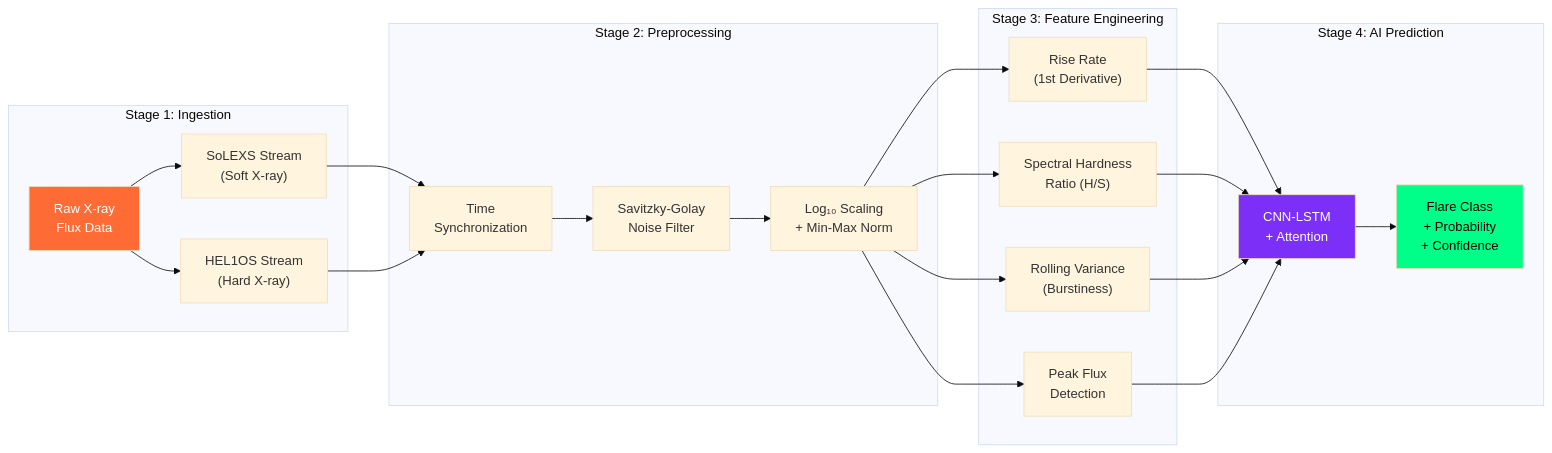
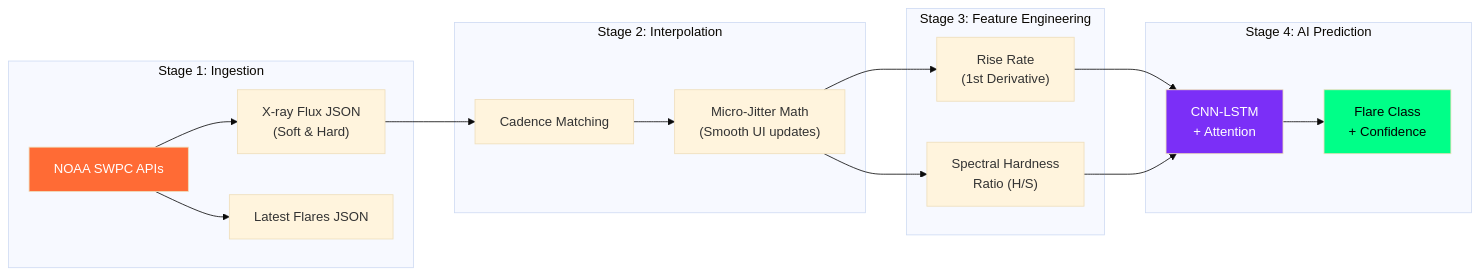
The second of 4 diagrams in README.md (SudiptaSanki/SuryaShield-AI), drawn with Mermaid (base theme) before and after one commit. The commit also changed other lines of this file and 2 other files, not shown here.

Commit message:
docs: update README with detailed real-time pipeline explanations and mermaid diagrams

````diff
--- a/README.md
+++ b/README.md
@@ -95,33 +84,27 @@
 ```mermaid
 flowchart LR
     subgraph "Stage 1: Ingestion"
-        A["Raw X-ray<br/>Flux Data"] --> B["SoLEXS Stream<br/>(Soft X-ray)"]
-        A --> C["HEL1OS Stream<br/>(Hard X-ray)"]
+        A["NOAA SWPC APIs"] --> B["X-ray Flux JSON<br/>(Soft & Hard)"]
+        A --> C["Latest Flares JSON"]
     end
 
-    subgraph "Stage 2: Preprocessing"
-        B --> D["Time<br/>Synchronization"]
-        C --> D
-        D --> E["Savitzky-Golay<br/>Noise Filter"]
-        E --> F["Log₁₀ Scaling<br/>+ Min-Max Norm"]
+    subgraph "Stage 2: Interpolation"
+        B --> D["Cadence Matching"]
+        D --> E["Micro-Jitter Math<br/>(Smooth UI updates)"]
     end
 
     subgraph "Stage 3: Feature Engineering"
-        F --> G["Rise Rate<br/>(1st Derivative)"]
-        F --> H["Spectral Hardness<br/>Ratio (H/S)"]
-        F --> I["Rolling Variance<br/>(Burstiness)"]
-        F --> J["Peak Flux<br/>Detection"]
+        E --> F["Rise Rate<br/>(1st Derivative)"]
+        E --> G["Spectral Hardness<br/>Ratio (H/S)"]
     end
 
     subgraph "Stage 4: AI Prediction"
-        G --> K["CNN-LSTM<br/>+ Attention"]
-        H --> K
-        I --> K
-        J --> K
-        K --> L["Flare Class<br/>+ Probability<br/>+ Confidence"]
+        F --> H["CNN-LSTM<br/>+ Attention"]
+        G --> H
+        H --> I["Flare Class<br/>+ Confidence"]
     end
 
     style A fill:#ff6b35,color:#fff
-    style K fill:#7b2ff7,color:#fff
-    style L fill:#00ff88,color:#000
+    style H fill:#7b2ff7,color:#fff
+    style I fill:#00ff88,color:#000
 ```
````
